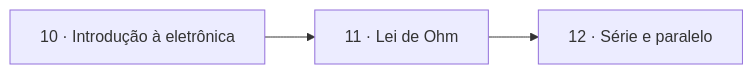
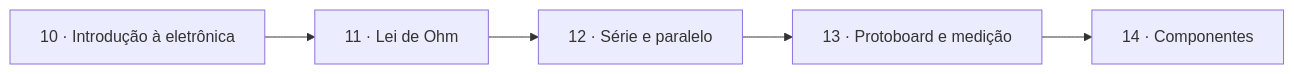
One commit to rps4-school/school-cc changed the second of 2 diagrams in conteudo/sistemas-digitais/README.md. Above: the diagram before and after it, drawn with Mermaid. The commit also changed other lines of this file and 24 other files, not shown here.

````diff
--- a/conteudo/sistemas-digitais/README.md
+++ b/conteudo/sistemas-digitais/README.md
@@ -58,5 +60,7 @@
 ```mermaid
 flowchart LR
     J[10 · Introdução à eletrônica] --> K[11 · Lei de Ohm]
     K --> L[12 · Série e paralelo]
+    L --> M[13 · Protoboard e medição]
+    M --> N[14 · Componentes]
 ```
````
